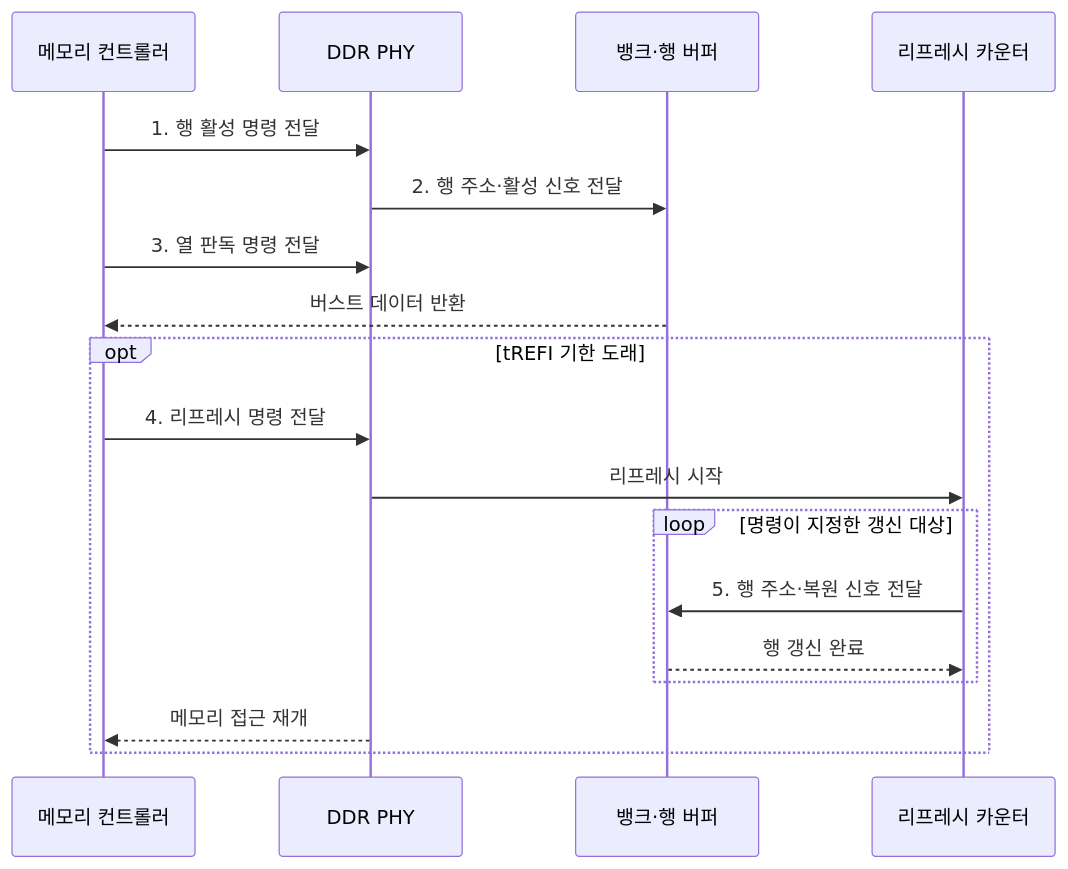
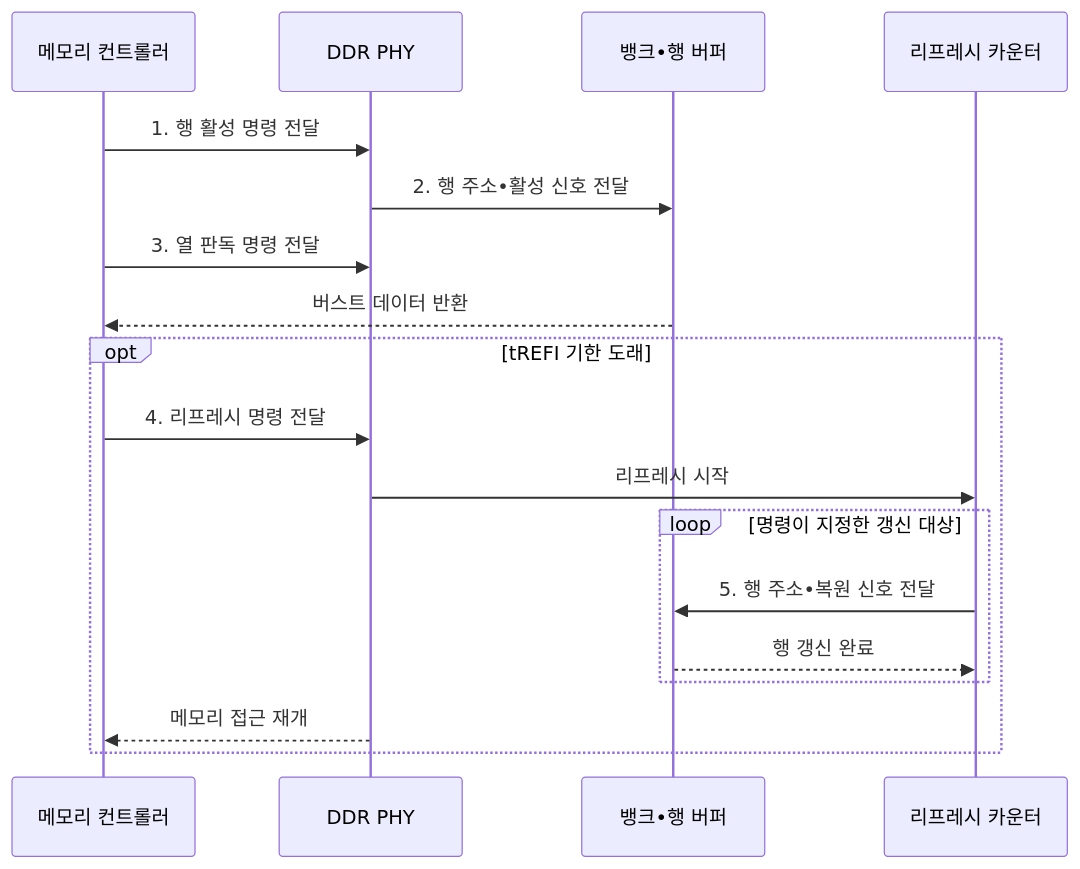
Before and after one commit to agnusdei1207/knowledge-base: the second of 2 diagrams in src/content/docs/notes/02-hardware/024_ddr_sdram_refresh.md, drawn with Mermaid. The commit also changed other lines of this file and 953 other files, not shown here.

````diff
--- a/src/content/docs/notes/02-hardware/024_ddr_sdram_refresh.md
+++ b/src/content/docs/notes/02-hardware/024_ddr_sdram_refresh.md
@@ -97,20 +97,20 @@
 ```mermaid
 sequenceDiagram
     participant C as 메모리 컨트롤러
     participant P as DDR PHY
-    participant B as 뱅크·행 버퍼
+    participant B as 뱅크•행 버퍼
     participant R as 리프레시 카운터
     C->>P: 1. 행 활성 명령 전달
-    P->>B: 2. 행 주소·활성 신호 전달
+    P->>B: 2. 행 주소•활성 신호 전달
     C->>P: 3. 열 판독 명령 전달
     B-->>C: 버스트 데이터 반환
     opt tREFI 기한 도래
         C->>P: 4. 리프레시 명령 전달
         P->>R: 리프레시 시작
         loop 명령이 지정한 갱신 대상
-            R->>B: 5. 행 주소·복원 신호 전달
+            R->>B: 5. 행 주소•복원 신호 전달
             B-->>R: 행 갱신 완료
         end
         P-->>C: 메모리 접근 재개
     end
 ```
````
